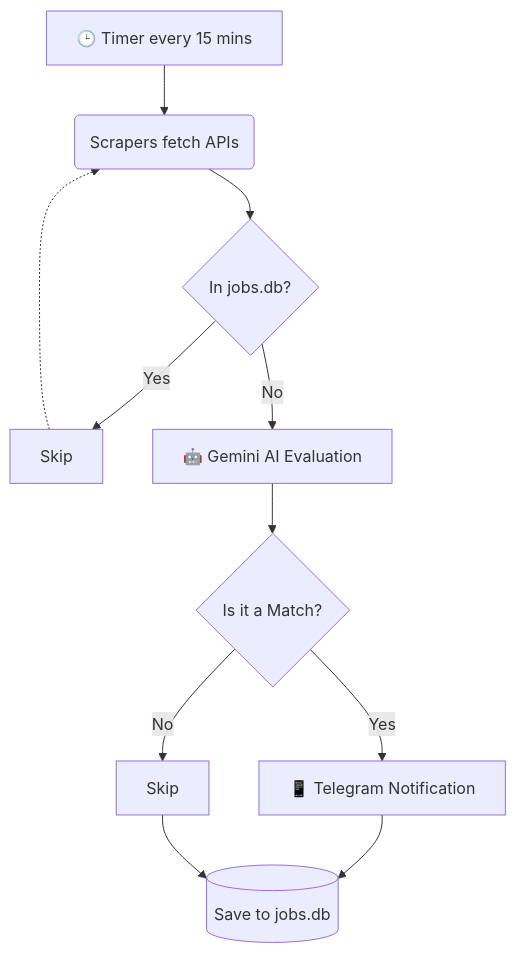
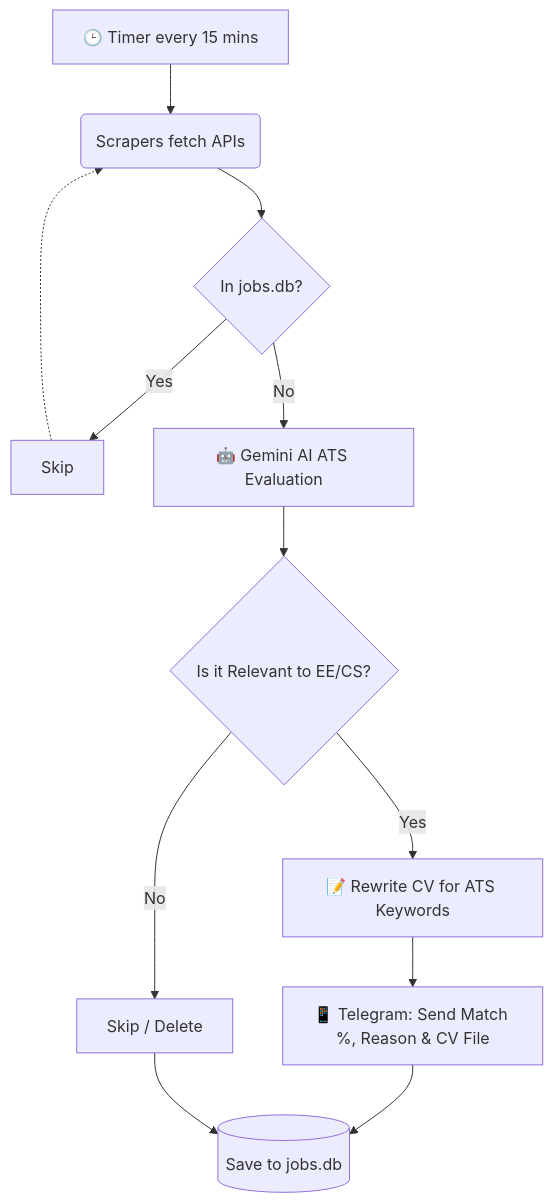
One commit to toharasaf/jobs-finder changed the diagram in README.md. Above: the diagram before and after it, drawn with Mermaid. The commit also changed other lines of this file and 4 other files, not shown here.

````diff
--- a/README.md
+++ b/README.md
@@ -34,13 +37,14 @@
 ```mermaid
 graph TD
     A[🕒 Timer every 15 mins] --> B(Scrapers fetch APIs)
     B --> C{In jobs.db?}
     C -- Yes --> E[Skip]
-    C -- No --> D[🤖 Gemini AI Evaluation]
-    D --> F{Is it a Match?}
-    F -- Yes --> G[📱 Telegram Notification]
-    F -- No --> H[Skip]
-    G --> I[(Save to jobs.db)]
-    H --> I
+    C -- No --> D[🤖 Gemini AI ATS Evaluation]
+    D --> F{Is it Relevant to EE/CS?}
+    F -- No --> H[Skip / Delete]
+    F -- Yes --> G[📝 Rewrite CV for ATS Keywords]
+    G --> I[📱 Telegram: Send Match %, Reason & CV File]
+    I --> J[(Save to jobs.db)]
+    H --> J
     E -.-> B
 ```
````
